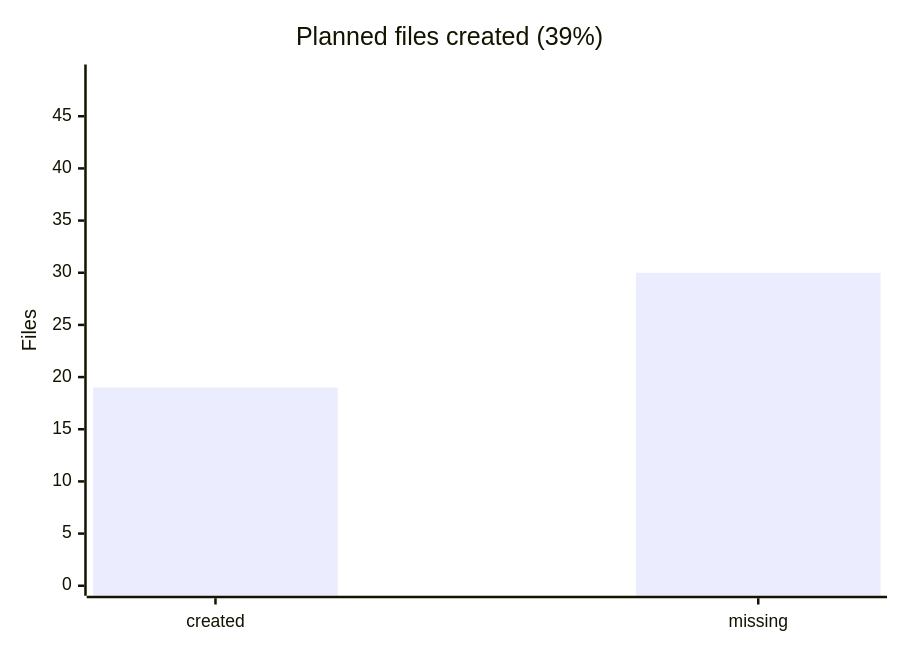
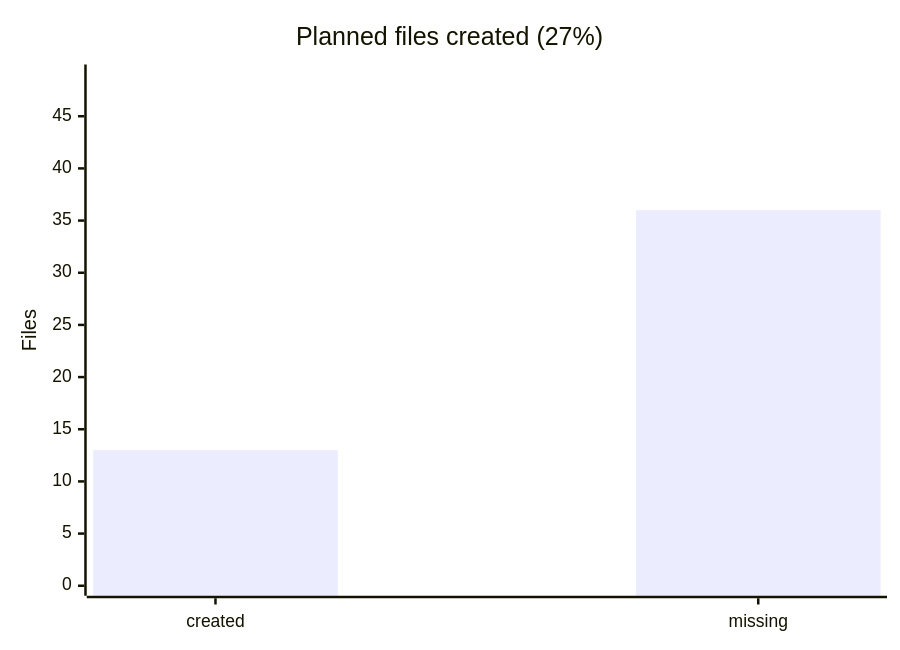
One commit to Mohammed-Alama/php-arazzo changed the diagram in docs/generated/modularization-progress.md. Above: the diagram before and after it, drawn with Mermaid. The commit also changed other lines of this file and 275 other files, not shown here.

````diff
--- a/docs/generated/modularization-progress.md
+++ b/docs/generated/modularization-progress.md
@@ -15,7 +15,7 @@
 ```mermaid
 xychart-beta
-    title "Planned files created (39%)"
+    title "Planned files created (27%)"
     x-axis ["created", "missing"]
     y-axis "Files" 0 --> 49
-    bar [19, 30]
+    bar [13, 36]
 ```
````
